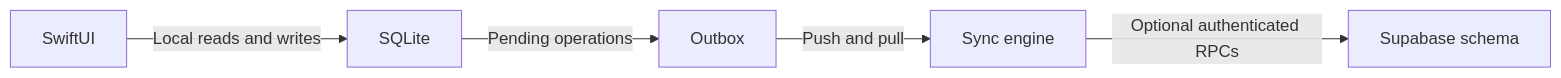
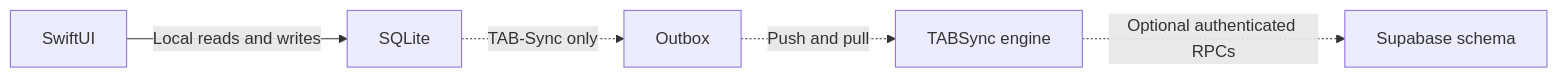
Before and after one commit to Cosmichomeless/TAB: the diagram in README.md, drawn with Mermaid. The commit also changed other lines of this file and 78 other files, not shown here.

First line of the commit message:
Ship TAB local-only: split sync into TABSync and a SYNC build (#50)

````diff
--- a/README.md
+++ b/README.md
@@ -47,7 +47,7 @@
 ```mermaid
 flowchart LR
     UI[SwiftUI] -->|Local reads and writes| DB[SQLite]
-    DB -->|Pending operations| Outbox[Outbox]
-    Outbox -->|Push and pull| Engine[Sync engine]
-    Engine -->|Optional authenticated RPCs| API[Supabase schema]
+    DB -.->|TAB-Sync only| Outbox[Outbox]
+    Outbox -.->|Push and pull| Engine[TABSync engine]
+    Engine -.->|Optional authenticated RPCs| API[Supabase schema]
 ```
````
